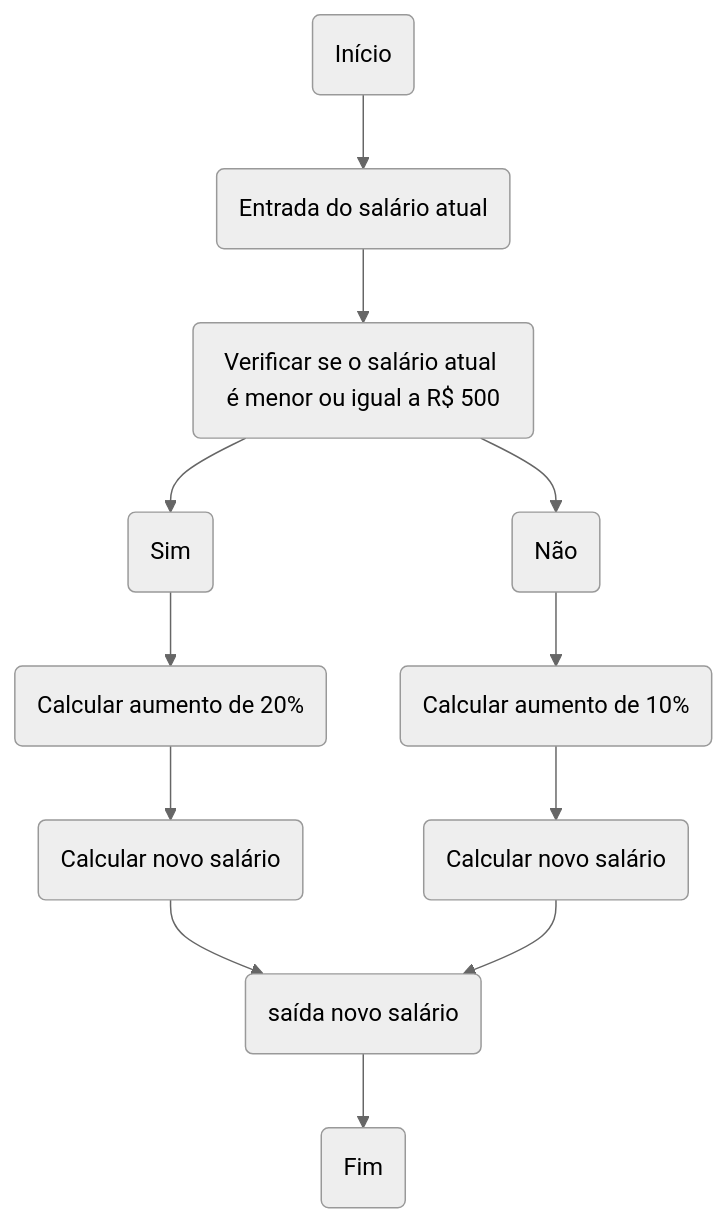
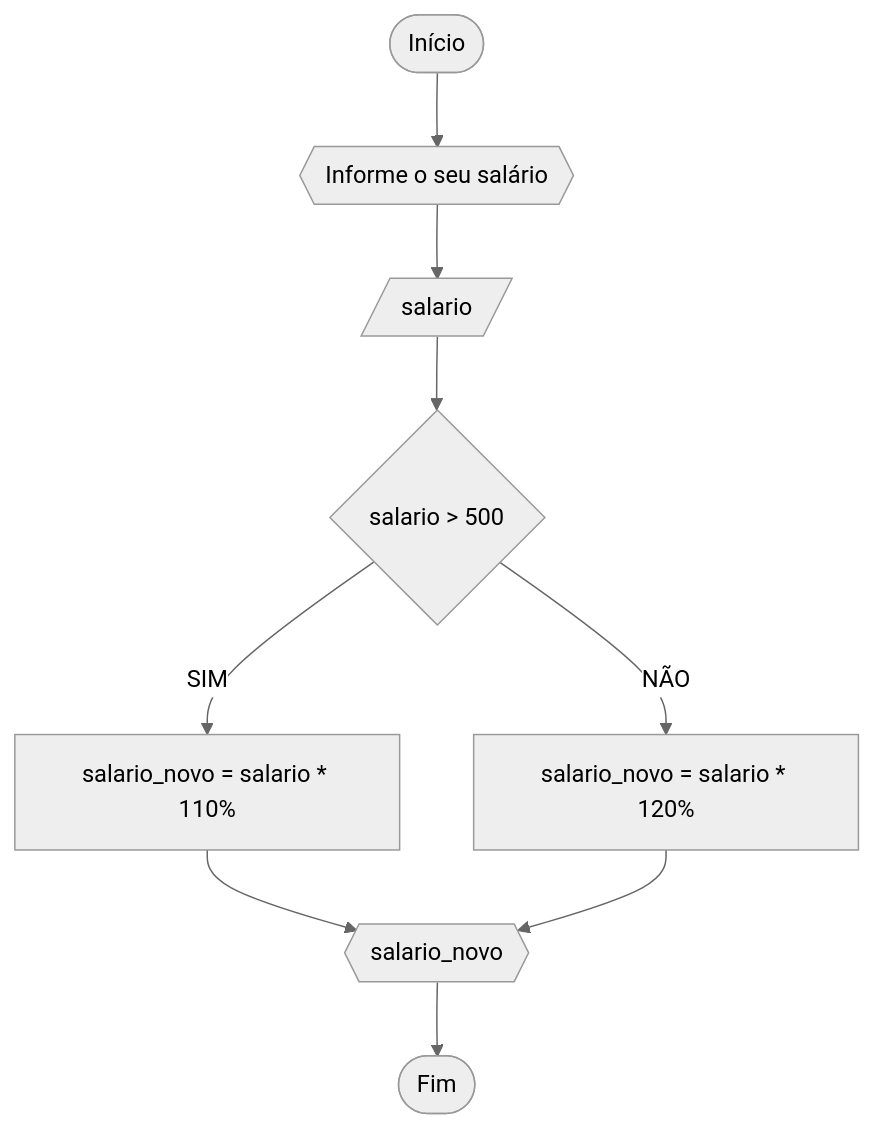
One commit to cauaaguiar/unifor- changed the second of 4 diagrams in RLA/unidade 1/lista1.md. Above: the diagram before and after it, drawn with Mermaid (neutral theme). The commit also changed other lines of this file, not shown here.

````diff
--- a/RLA/unidade 1/lista1.md
+++ b/RLA/unidade 1/lista1.md
@@ -51,17 +51,11 @@
 ```mermaid
 flowchart TD
-   
-    A(Início) --> B(Entrada do salário atual);
-    B --> C(Verificar se o salário atual é menor ou igual a R$ 500);
-    C --> D(Sim);
-    D --> E(Calcular aumento de 20%);
-    E --> F(Calcular novo salário);
-    F --> G(saída novo salário);
-    G --> H(Fim);
-    C --> I(Não);
-    I --> J(Calcular aumento de 10%);
-    J --> K(Calcular novo salário);
-    K --> G;
-
-
+A([Início])-->B{{Informe o seu salário}}
+B-->C[/salario/]
+C-->D{salario > 500}
+D--SIM-->E[salario_novo = salario * 110%]
+D--NÃO-->F[salario_novo = salario * 120%]
+E-->G{{salario_novo}}
+F-->G{{salario_novo}}
+G-->H([Fim])
 ```
````
